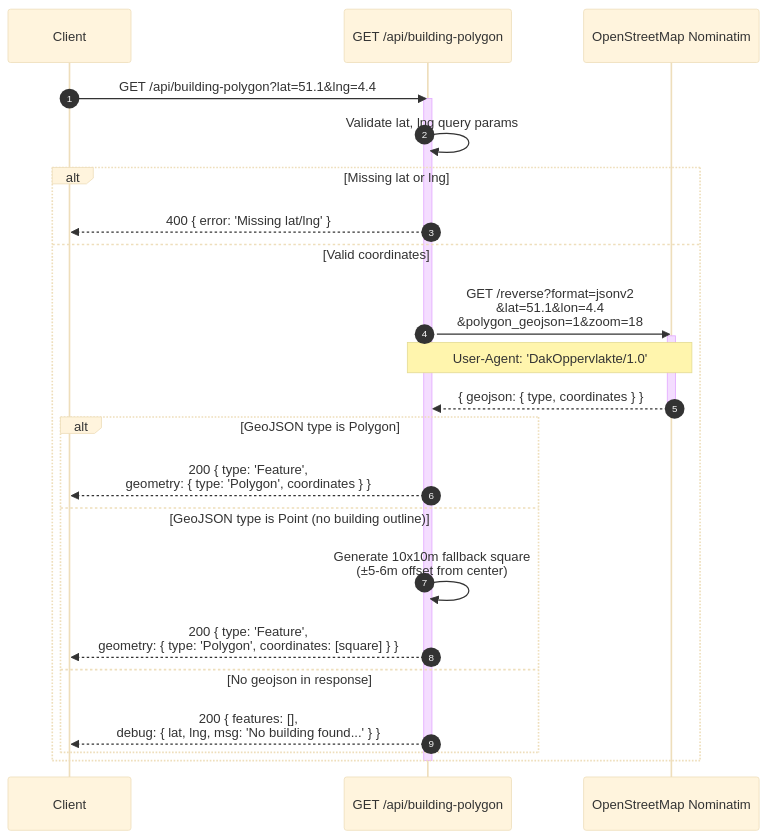
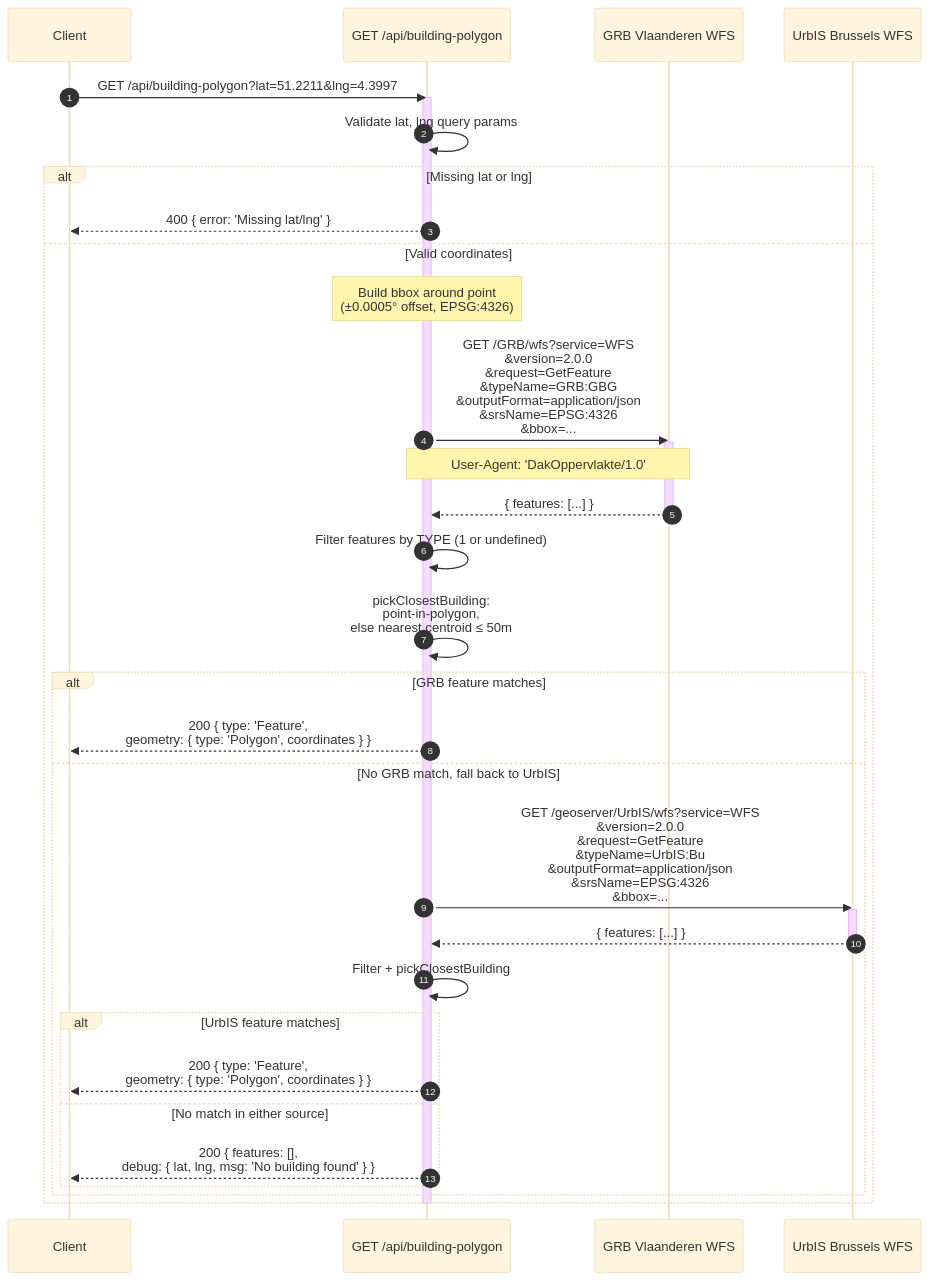
Before and after one commit to H3AR7B3A7/DakOppervlakte: the diagram in docs/building-detection.mermaid, drawn with Mermaid (base theme). The commit also changed 19 other files, not shown here.

```diff
--- a/docs/building-detection.mermaid
+++ b/docs/building-detection.mermaid
@@ -1,35 +1,49 @@
 sequenceDiagram
     autonumber
 
     participant Client
     participant API as GET /api/building-polygon
-    participant OSM as OpenStreetMap Nominatim
+    participant GRB as GRB Vlaanderen WFS
+    participant URB as UrbIS Brussels WFS
 
-    Client ->> API: GET /api/building-polygon?lat=51.1&lng=4.4
+    Client ->> API: GET /api/building-polygon?lat=51.2211&lng=4.3997
     activate API
 
     API ->> API: Validate lat, lng query params
 
     alt Missing lat or lng
         API -->> Client: 400 { error: 'Missing lat/lng' }
     else Valid coordinates
-        API ->> OSM: GET /reverse?format=jsonv2<br/>&lat=51.1&lon=4.4<br/>&polygon_geojson=1&zoom=18
-        activate OSM
+        Note over API: Build bbox around point<br/>(±0.0005° offset, EPSG:4326)
 
-        Note over API,OSM: User-Agent: 'DakOppervlakte/1.0'
+        API ->> GRB: GET /GRB/wfs?service=WFS<br/>&version=2.0.0<br/>&request=GetFeature<br/>&typeName=GRB:GBG<br/>&outputFormat=application/json<br/>&srsName=EPSG:4326<br/>&bbox=...
+        activate GRB
 
-        OSM -->> API: { geojson: { type, coordinates } }
-        deactivate OSM
+        Note over API,GRB: User-Agent: 'DakOppervlakte/1.0'
 
-        alt GeoJSON type is Polygon
+        GRB -->> API: { features: [...] }
+        deactivate GRB
+
+        API ->> API: Filter features by TYPE (1 or undefined)
+        API ->> API: pickClosestBuilding:<br/>point-in-polygon,<br/>else nearest centroid ≤ 50m
+
+        alt GRB feature matches
             API -->> Client: 200 { type: 'Feature',<br/>geometry: { type: 'Polygon', coordinates } }
 
-        else GeoJSON type is Point (no building outline)
-            API ->> API: Generate 10x10m fallback square<br/>(±5-6m offset from center)
-            API -->> Client: 200 { type: 'Feature',<br/>geometry: { type: 'Polygon', coordinates: [square] } }
+        else No GRB match, fall back to UrbIS
+            API ->> URB: GET /geoserver/UrbIS/wfs?service=WFS<br/>&version=2.0.0<br/>&request=GetFeature<br/>&typeName=UrbIS:Bu<br/>&outputFormat=application/json<br/>&srsName=EPSG:4326<br/>&bbox=...
+            activate URB
+            URB -->> API: { features: [...] }
+            deactivate URB
 
-        else No geojson in response
-            API -->> Client: 200 { features: [],<br/>debug: { lat, lng, msg: 'No building found...' } }
+            API ->> API: Filter + pickClosestBuilding
+
+            alt UrbIS feature matches
+                API -->> Client: 200 { type: 'Feature',<br/>geometry: { type: 'Polygon', coordinates } }
+
+            else No match in either source
+                API -->> Client: 200 { features: [],<br/>debug: { lat, lng, msg: 'No building found' } }
+            end
         end
     end
     deactivate API
```
